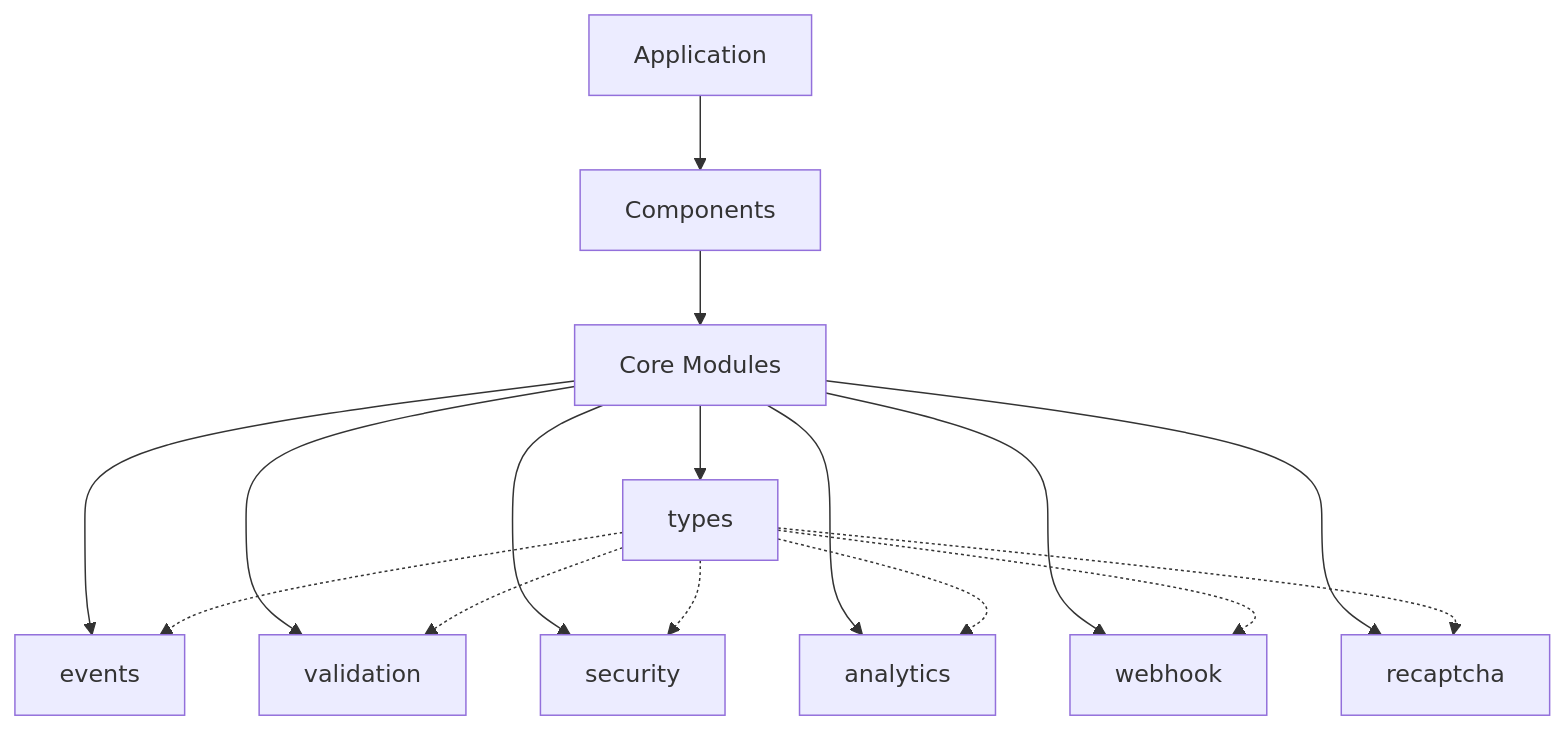
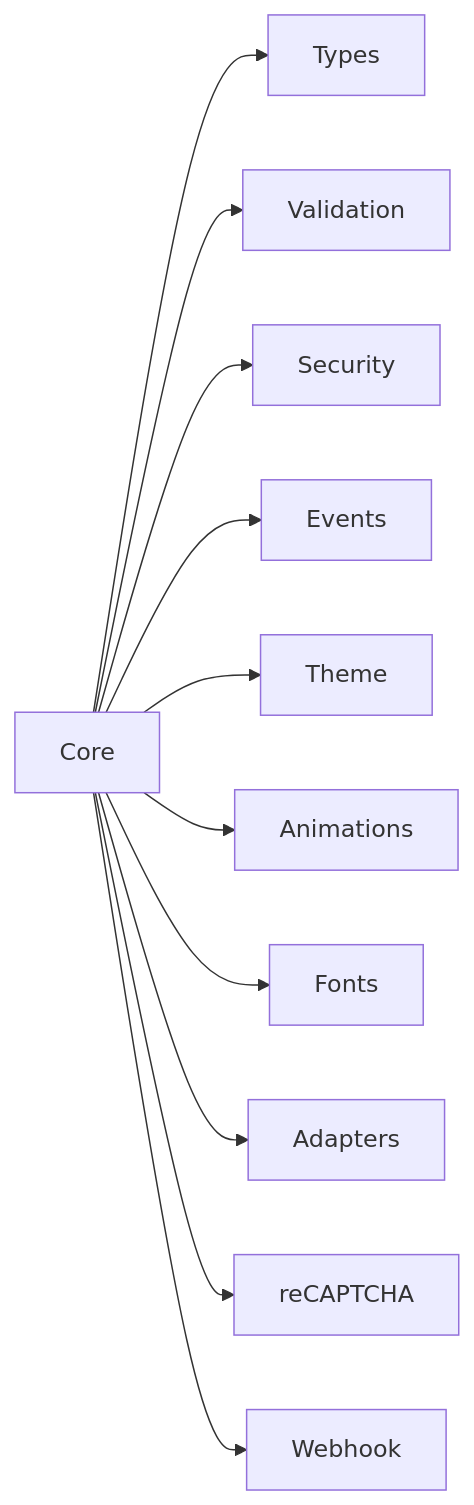
The third of 9 diagrams in docs/architecture.md (pmatheusvinhas/react-waitlist), drawn with Mermaid before and after one commit. The commit also changed other lines of this file and 36 other files, not shown here.

````diff
--- a/docs/architecture.md
+++ b/docs/architecture.md
@@ -9,20 +49,13 @@
 ```mermaid
-graph TD
-    A[Application] --> B[Components]
-    B --> C[Core Modules]
-    
-    C --> D[types]
-    C --> E[events]
-    C --> F[validation]
-    C --> G[security]
-    C --> H[analytics]
-    C --> I[webhook]
-    C --> J[recaptcha]
-    
-    D -.-> E
-    D -.-> F
-    D -.-> G
-    D -.-> H
-    D -.-> I
-    D -.-> J
+graph LR
+    A[Core] --> B[Types]
+    A --> C[Validation]
+    A --> D[Security]
+    A --> E[Events]
+    A --> F[Theme]
+    A --> G[Animations]
+    A --> H[Fonts]
+    A --> I[Adapters]
+    A --> J[reCAPTCHA]
+    A --> K[Webhook]
 ```
````
